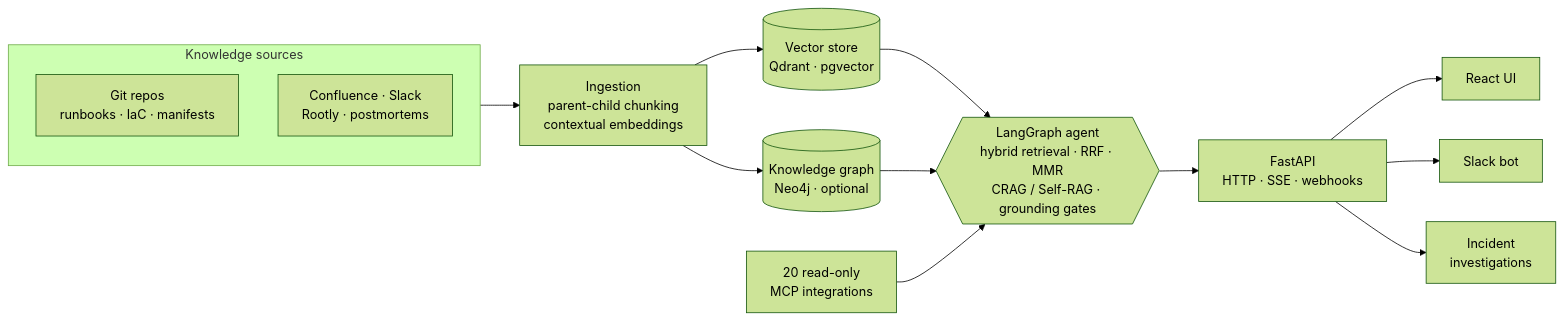
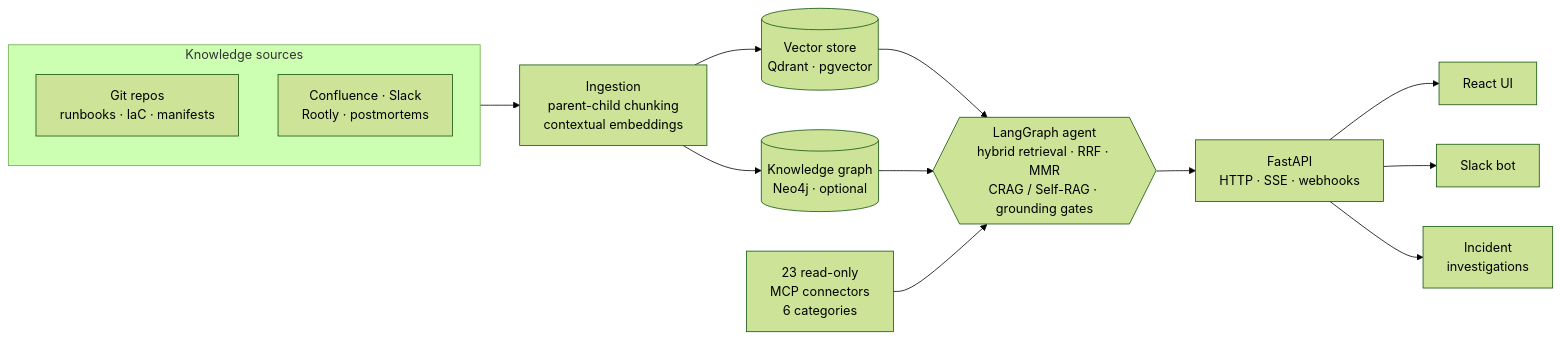
Before and after one commit to dtduc-git/opsrag: the diagram in README.md, drawn with Mermaid (forest theme). The commit also changed other lines of this file and 8 other files, not shown here.

````diff
--- a/README.md
+++ b/README.md
@@ -62,23 +62,23 @@
 ```mermaid
 flowchart LR
     subgraph SRC ["Knowledge sources"]
         direction TB
         A[Git repos<br/>runbooks · IaC · manifests]
         B[Confluence · Slack<br/>Rootly · postmortems]
     end
 
     SRC --> ING[Ingestion<br/>parent-child chunking<br/>contextual embeddings]
     ING --> VS[(Vector store<br/>Qdrant · pgvector)]
     ING --> KG[(Knowledge graph<br/>Neo4j · optional)]
 
     VS --> AGENT
     KG --> AGENT
-    MCP[20 read-only<br/>MCP integrations] --> AGENT
+    MCP[23 read-only<br/>MCP connectors<br/>6 categories] --> AGENT
 
     AGENT{{LangGraph agent<br/>hybrid retrieval · RRF · MMR<br/>CRAG / Self-RAG · grounding gates}}
 
     AGENT --> API[FastAPI<br/>HTTP · SSE · webhooks]
     API --> UI[React UI]
     API --> SLACK[Slack bot]
     API --> INV[Incident<br/>investigations]
 ```
````
